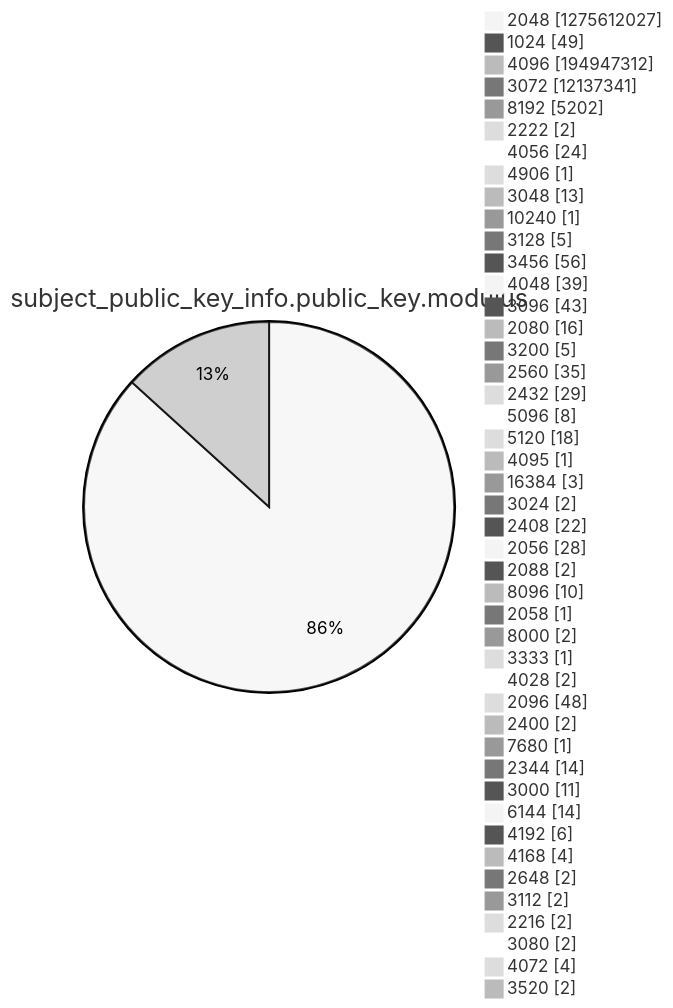
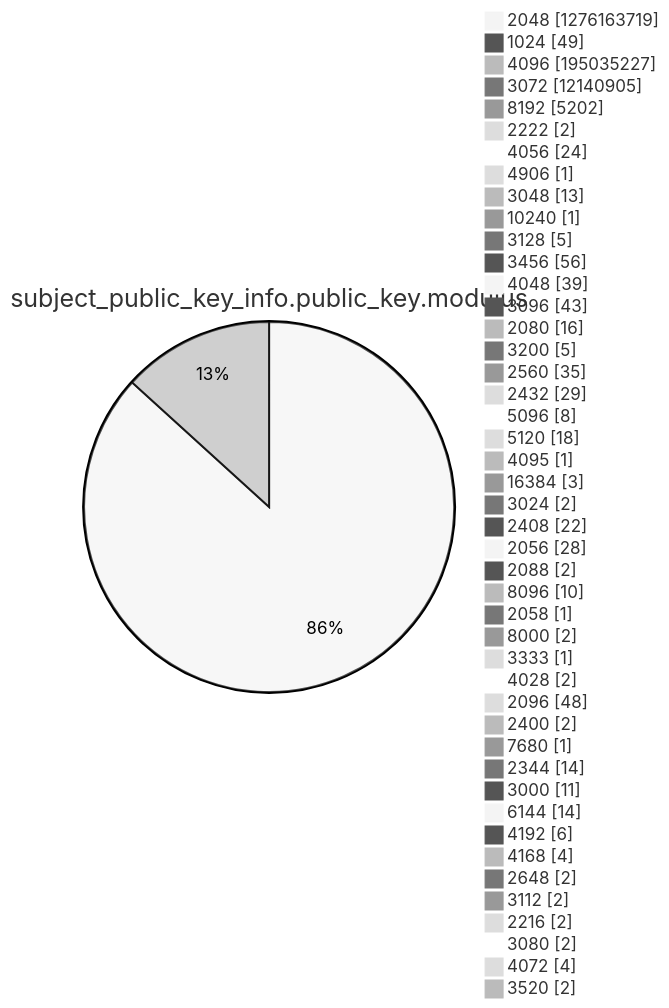
Diagram 13 of 15 in xenon2022/README.md (christiankrug/ctmonitor_visualization), drawn with Mermaid (neutral theme) before and after one commit. The commit also changed other lines of this file, not shown here.

````diff
--- a/xenon2022/README.md
+++ b/xenon2022/README.md
@@ -3920,49 +3920,49 @@
 ```mermaid
 pie showData
 title subject_public_key_info.public_key.modulus
-"2048" :1275612027
+"2048" :1276163719
 "1024" :49
-"4096" :194947312
-"3072" :12137341
+"4096" :195035227
+"3072" :12140905
 "8192" :5202
 "2222" :2
 "4056" :24
 "4906" :1
 "3048" :13
 "10240" :1
 "3128" :5
 "3456" :56
 "4048" :39
 "3096" :43
 "2080" :16
 "3200" :5
 "2560" :35
 "2432" :29
 "5096" :8
 "5120" :18
 "4095" :1
 "16384" :3
 "3024" :2
 "2408" :22
 "2056" :28
 "2088" :2
 "8096" :10
 "2058" :1
 "8000" :2
 "3333" :1
 "4028" :2
 "2096" :48
 "2400" :2
 "7680" :1
 "2344" :14
 "3000" :11
 "6144" :14
 "4192" :6
 "4168" :4
 "2648" :2
 "3112" :2
 "2216" :2
 "3080" :2
 "4072" :4
 "3520" :2
 ```
````
